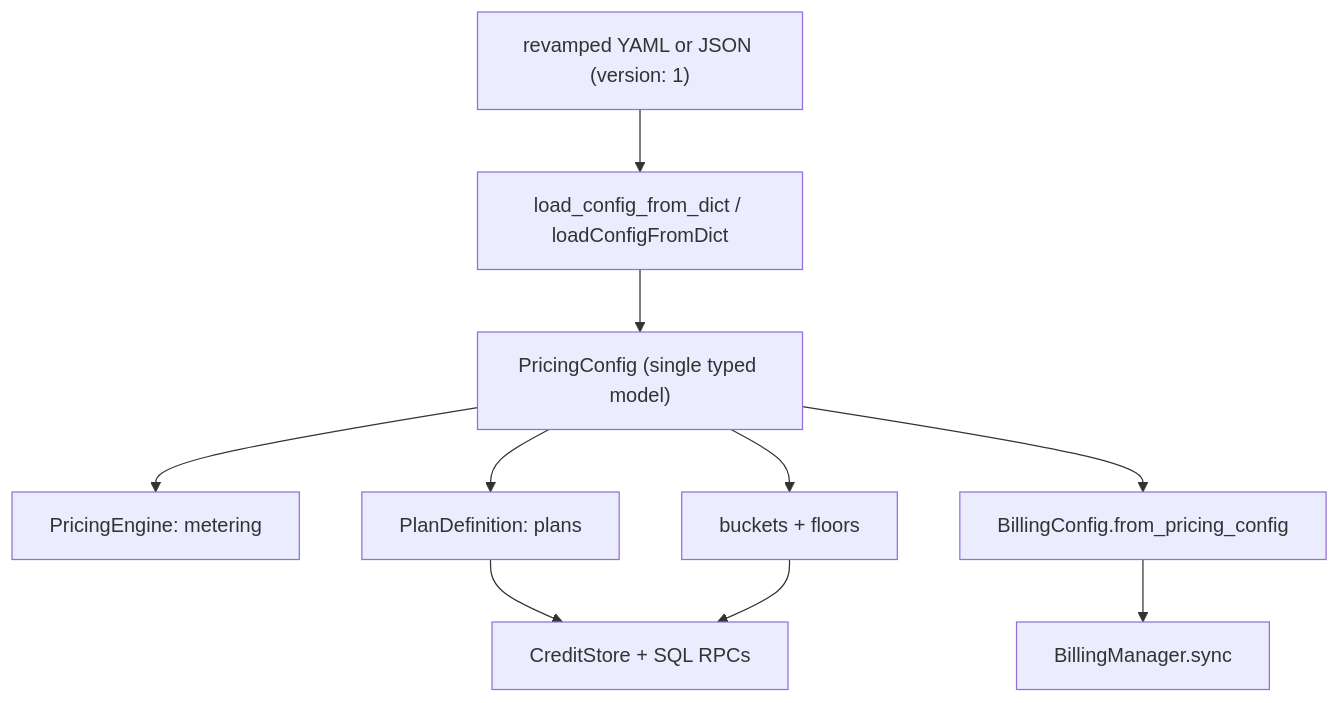
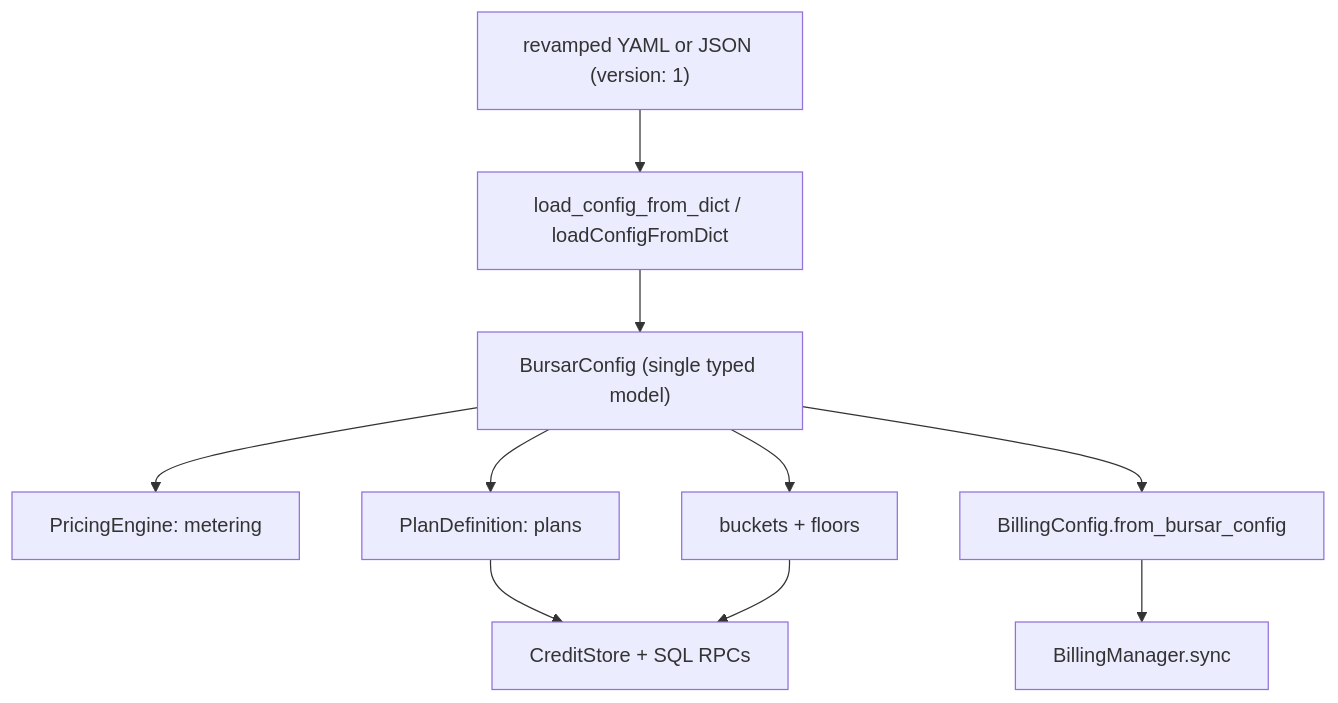
One commit to Zonastery/bursar changed the diagram in docs/revamp/implementation-plan.md. Above: the diagram before and after it, drawn with Mermaid. The commit also changed other lines of this file and 82 other files, not shown here.

First line of the commit message:
feat: add Bursar facade unifying CreditManager and BillingManager lifecycles

````diff
--- a/docs/revamp/implementation-plan.md
+++ b/docs/revamp/implementation-plan.md
@@ -43,12 +43,12 @@
 ```mermaid
 flowchart TD
   yaml["revamped YAML or JSON (version: 1)"] --> load["load_config_from_dict / loadConfigFromDict"]
-  load --> cfg["PricingConfig (single typed model)"]
+  load --> cfg["BursarConfig (single typed model)"]
   cfg --> eng["PricingEngine: metering"]
   cfg --> plans["PlanDefinition: plans"]
   cfg --> ledger["buckets + floors"]
-  cfg --> bill["BillingConfig.from_pricing_config"]
+  cfg --> bill["BillingConfig.from_bursar_config"]
   plans --> store["CreditStore + SQL RPCs"]
   ledger --> store
   bill --> bmgr["BillingManager.sync"]
 ```
````
